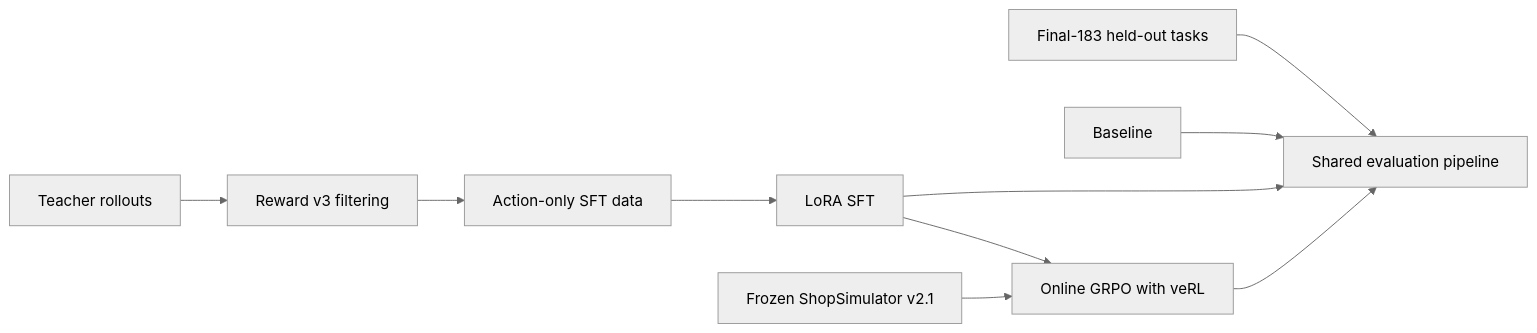
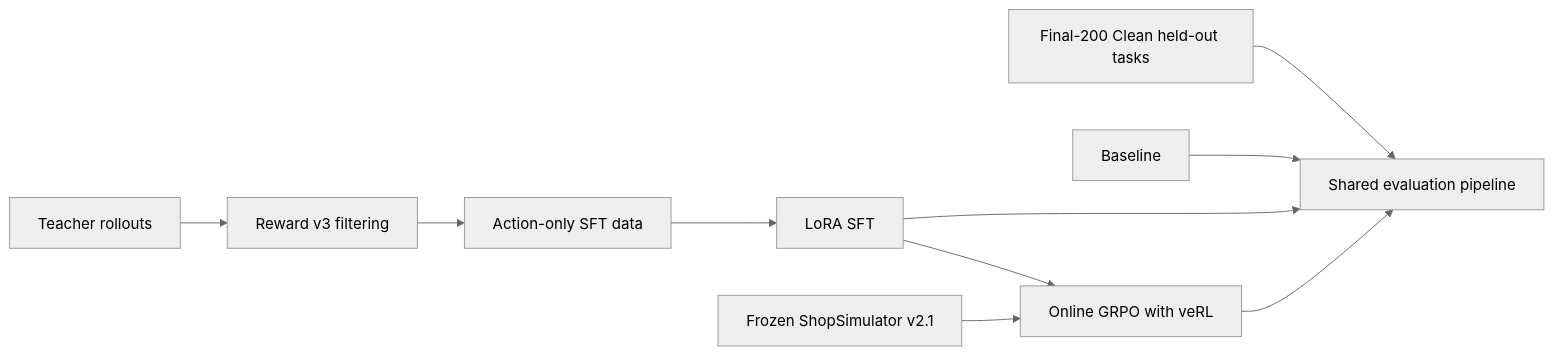
Before and after one commit to YYHDBL/shopping-grpo-longhorizon: the first of 2 diagrams in README.en.md, drawn with Mermaid (neutral theme). The commit also changed other lines of this file and 13 other files, not shown here.

Commit message:
data: publish clean final-200 benchmark

````diff
--- a/README.en.md
+++ b/README.en.md
@@ -59,12 +59,12 @@
 ```mermaid
 flowchart LR
     A[Teacher rollouts] --> B[Reward v3 filtering]
     B --> C[Action-only SFT data]
     C --> D[LoRA SFT]
     D --> E[Online GRPO with veRL]
     F[Frozen ShopSimulator v2.1] --> E
-    G[Final-183 held-out tasks] --> H[Shared evaluation pipeline]
+    G[Final-200 Clean held-out tasks] --> H[Shared evaluation pipeline]
     I[Baseline] --> H
     D --> H
     E --> H
 ```
````
